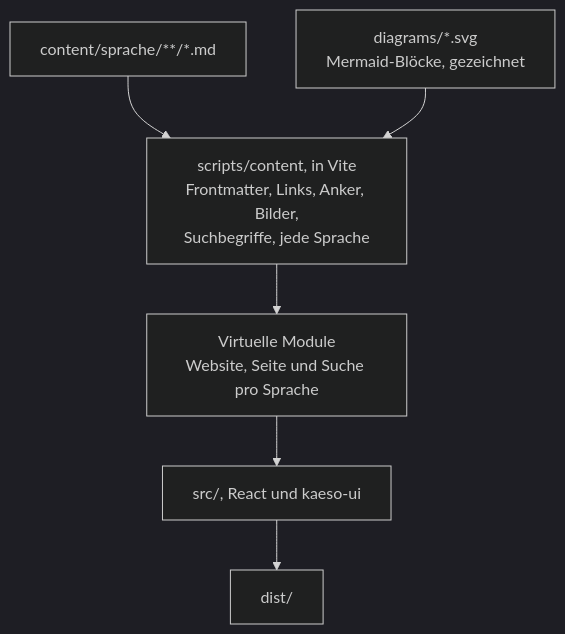
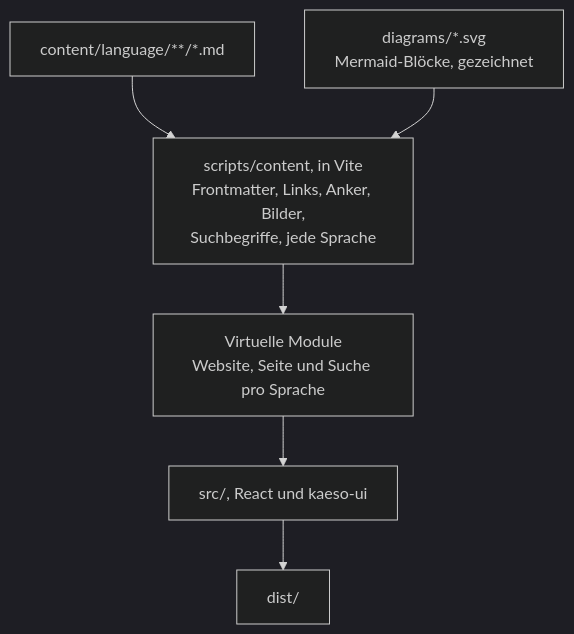
The diagram in apps/docs/content/de/development/architecture/docs-site.md (logicplanes/kaeso), drawn with Mermaid (dark theme) before and after one commit. The commit also changed other lines of this file and 28 other files, not shown here.

````diff
--- a/apps/docs/content/de/development/architecture/docs-site.md
+++ b/apps/docs/content/de/development/architecture/docs-site.md
@@ -9,10 +9,10 @@
 ```mermaid
 flowchart TD
   accTitle: Von Markdown zur Website
   accDescr: Beim Build liest scripts/content die Seiten in content und die gezeichneten Diagramme in diagrams, prüft sie und schreibt virtuelle Module für die Website jeder Sprache, jede Seite und die Suche. Die React-App in src zeichnet sie mit der UI-Bibliothek, und Vite schreibt dist.
-  pages[content/sprache/**/*.md] --> content[scripts/content, in Vite<br>Frontmatter, Links, Anker, Bilder,<br>Suchbegriffe, jede Sprache]
+  pages[content/language/**/*.md] --> content[scripts/content, in Vite<br>Frontmatter, Links, Anker, Bilder,<br>Suchbegriffe, jede Sprache]
   diagrams[diagrams/*.svg<br>Mermaid-Blöcke, gezeichnet] --> content
   content --> modules[Virtuelle Module<br>Website, Seite und Suche pro Sprache]
   modules --> app[src/, React und kaeso-ui]
   app --> dist[dist/]
 ```
````
